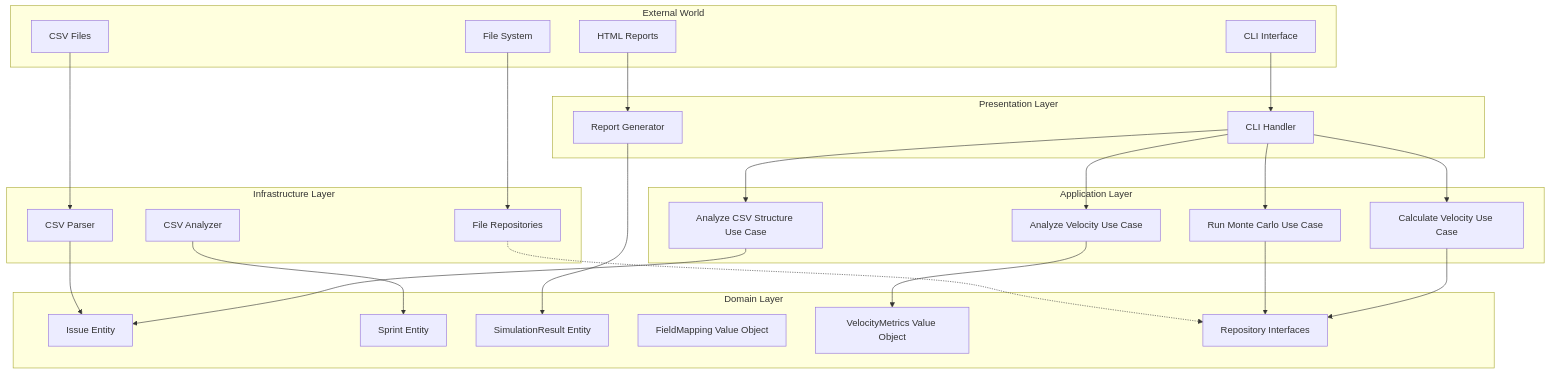
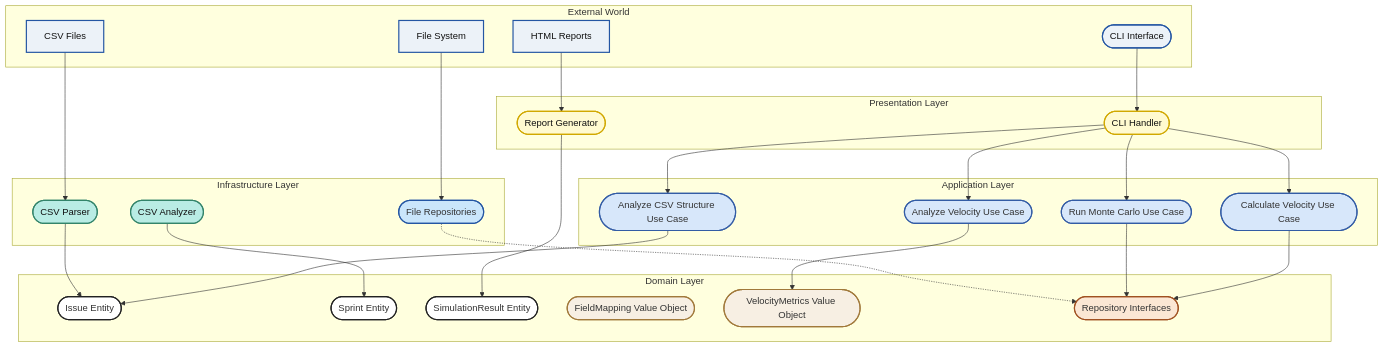
One commit to opreto/jira-monte-carlo changed the first of 7 diagrams in ARCHITECTURE.md. Above: the diagram before and after it, drawn with Mermaid.

Commit message:
Update architecture diagram with professional styling
- Applied mermaidcharts styling for better visual appeal
- Color-coded layers for clear distinction
- Improved accessibility with proper contrast
- Rounded rectangles for better visual flow

````diff
--- a/ARCHITECTURE.md
+++ b/ARCHITECTURE.md
@@ -11,56 +11,88 @@
 ```mermaid
-graph TB
-    subgraph "External World"
-        CLI[CLI Interface]
-        CSV[CSV Files]
-        HTML[HTML Reports]
-        FS[File System]
-    end
-    
-    subgraph "Presentation Layer"
-        CLIHandler[CLI Handler]
-        ReportGen[Report Generator]
-    end
-    
-    subgraph "Infrastructure Layer"
-        CSVParser[CSV Parser]
-        CSVAnalyzer[CSV Analyzer]
-        FileRepo[File Repositories]
-    end
-    
-    subgraph "Application Layer"
-        UC1[Calculate Velocity Use Case]
-        UC2[Run Monte Carlo Use Case]
-        UC3[Analyze CSV Structure Use Case]
-        UC4[Analyze Velocity Use Case]
-    end
-    
-    subgraph "Domain Layer"
-        E1[Issue Entity]
-        E2[Sprint Entity]
-        E3[SimulationResult Entity]
-        VO1[FieldMapping Value Object]
-        VO2[VelocityMetrics Value Object]
-        R1[Repository Interfaces]
-    end
-    
-    CLI --> CLIHandler
-    CLIHandler --> UC1
-    CLIHandler --> UC2
-    CLIHandler --> UC3
-    CLIHandler --> UC4
-    
-    UC1 --> R1
-    UC2 --> R1
-    UC3 --> E1
-    UC4 --> VO2
-    
-    CSVParser --> E1
-    CSVAnalyzer --> E2
-    FileRepo -.-> R1
-    
-    ReportGen --> E3
-    HTML --> ReportGen
-    CSV --> CSVParser
-    FS --> FileRepo
+%%{init: { 'flowchart': { 'curve': 'basis', 'htmlLabels': false }}}%%
+flowchart TB
+
+%% EXTERNAL WORLD
+subgraph "External World"
+  CLI([CLI Interface])
+  CSV[CSV Files]
+  HTML[HTML Reports]
+  FS[File System]
+end
+
+%% PRESENTATION
+subgraph "Presentation Layer"
+  CLIHandler([CLI Handler])
+  ReportGen([Report Generator])
+end
+
+%% INFRASTRUCTURE
+subgraph "Infrastructure Layer"
+  CSVParser([CSV Parser])
+  CSVAnalyzer([CSV Analyzer])
+  FileRepo([File Repositories])
+end
+
+%% APPLICATION
+subgraph "Application Layer"
+  UC1([Calculate Velocity Use Case])
+  UC2([Run Monte Carlo Use Case])
+  UC3([Analyze CSV Structure Use Case])
+  UC4([Analyze Velocity Use Case])
+end
+
+%% DOMAIN
+subgraph "Domain Layer"
+  E1([Issue Entity])
+  E2([Sprint Entity])
+  E3([SimulationResult Entity])
+  VO1([FieldMapping Value Object])
+  VO2([VelocityMetrics Value Object])
+  R1([Repository Interfaces])
+end
+
+CLI --> CLIHandler
+CLIHandler --> UC1
+CLIHandler --> UC2
+CLIHandler --> UC3
+CLIHandler --> UC4
+
+UC1 --> R1
+UC2 --> R1
+UC3 --> E1
+UC4 --> VO2
+
+CSVParser --> E1
+CSVAnalyzer --> E2
+FileRepo -.-> R1
+
+ReportGen --> E3
+HTML --> ReportGen
+CSV --> CSVParser
+FS --> FileRepo
+
+%% LAYER COLOR STYLES (applied directly to nodes for accessibility)
+style CLI fill:#ecf2f8,stroke:#2456A3,stroke-width:2px,color:#111
+style CSV fill:#ecf2f8,stroke:#2456A3,stroke-width:2px,color:#111
+style HTML fill:#ecf2f8,stroke:#2456A3,stroke-width:2px,color:#111
+style FS fill:#ecf2f8,stroke:#2456A3,stroke-width:2px,color:#111
+
+style CLIHandler fill:#FFFAD0,stroke:#D1A800,stroke-width:2px,color:#111
+style ReportGen fill:#FFFAD0,stroke:#D1A800,stroke-width:2px,color:#111
+
+style CSVParser fill:#B9ECE4,stroke:#33846A,stroke-width:2px,color:#111
+style CSVAnalyzer fill:#B9ECE4,stroke:#33846A,stroke-width:2px,color:#111
+style FileRepo fill:#CAE6FB,stroke:#2456A3,stroke-width:2px
+
+style UC1 fill:#D7E7FA,stroke:#335CA5,stroke-width:2px
+style UC2 fill:#D7E7FA,stroke:#335CA5,stroke-width:2px
+style UC3 fill:#D7E7FA,stroke:#335CA5,stroke-width:2px
+style UC4 fill:#D7E7FA,stroke:#335CA5,stroke-width:2px
+
+style E1 fill:#FFF,stroke:#222,stroke-width:2px
+style E2 fill:#FFF,stroke:#222,stroke-width:2px
+style E3 fill:#FFF,stroke:#222,stroke-width:2px
+style VO1 fill:#F7EFE3,stroke:#A1793B,stroke-width:2px
+style VO2 fill:#F7EFE3,stroke:#A1793B,stroke-width:2px
+style R1 fill:#FBE7D4,stroke:#A05121,stroke-width:2px
 ```
````
